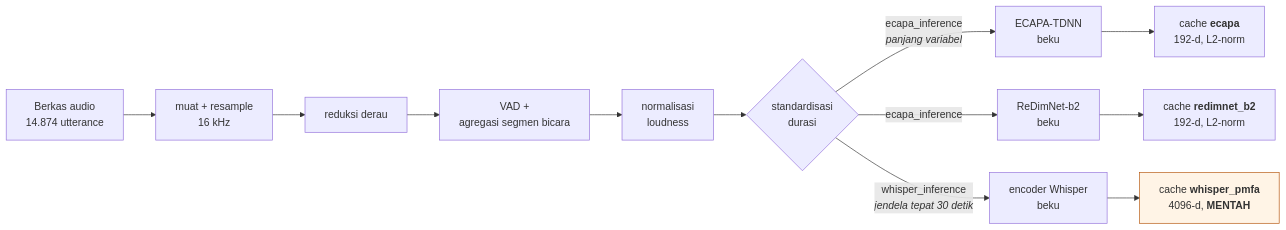
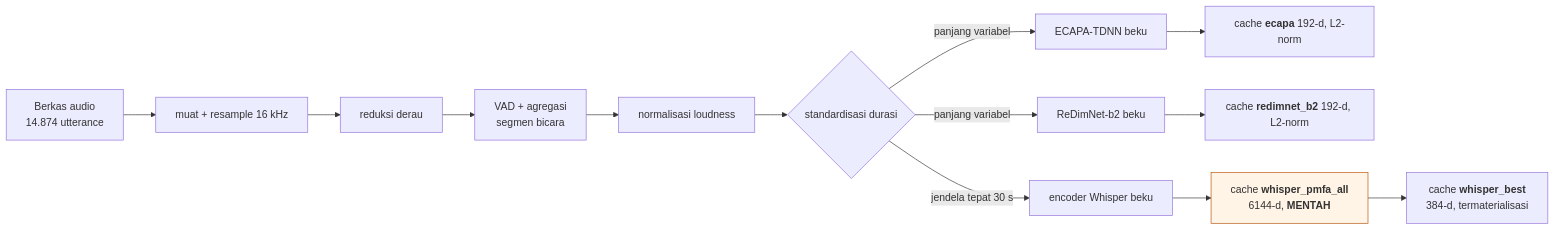
One commit to nilammufidah19/Incremental-OpenSet-SpeakerRecognition changed the second of 4 diagrams in docs/experiment-6.md. Above: the diagram before and after it, drawn with Mermaid. The commit also changed other lines of this file, not shown here.

````diff
--- a/docs/experiment-6.md
+++ b/docs/experiment-6.md
@@ -119,16 +104,17 @@
 ```mermaid
 flowchart LR
-    A["Berkas audio<br/>14.874 utterance"] --> B["muat + resample<br/>16 kHz"]
+    A["Berkas audio<br/>14.874 utterance"] --> B["muat + resample 16 kHz"]
     B --> C["reduksi derau"]
-    C --> D["VAD +<br/>agregasi segmen bicara"]
-    D --> E["normalisasi<br/>loudness"]
-    E --> F{"standardisasi<br/>durasi"}
-    F -->|"ecapa_inference<br/><i>panjang variabel</i>"| G["ECAPA-TDNN<br/>beku"]
-    F -->|"ecapa_inference"| H["ReDimNet-b2<br/>beku"]
-    F -->|"whisper_inference<br/><i>jendela tepat 30 detik</i>"| I["encoder Whisper<br/>beku"]
-    G --> J["cache <b>ecapa</b><br/>192-d, L2-norm"]
-    H --> K["cache <b>redimnet_b2</b><br/>192-d, L2-norm"]
-    I --> L["cache <b>whisper_pmfa</b><br/>4096-d, <b>MENTAH</b>"]
+    C --> D["VAD + agregasi<br/>segmen bicara"]
+    D --> E["normalisasi loudness"]
+    E --> F{"standardisasi durasi"}
+    F -->|"panjang variabel"| G["ECAPA-TDNN beku"]
+    F -->|"panjang variabel"| H["ReDimNet-b2 beku"]
+    F -->|"jendela tepat 30 s"| I["encoder Whisper beku"]
+    G --> J["cache <b>ecapa</b> 192-d, L2-norm"]
+    H --> K["cache <b>redimnet_b2</b> 192-d, L2-norm"]
+    I --> L["cache <b>whisper_pmfa_all</b><br/>6144-d, <b>MENTAH</b>"]
+    L --> M["cache <b>whisper_best</b><br/>384-d, termaterialisasi"]
 
     style L fill:#fff4e6,stroke:#b45309
 ```
````
